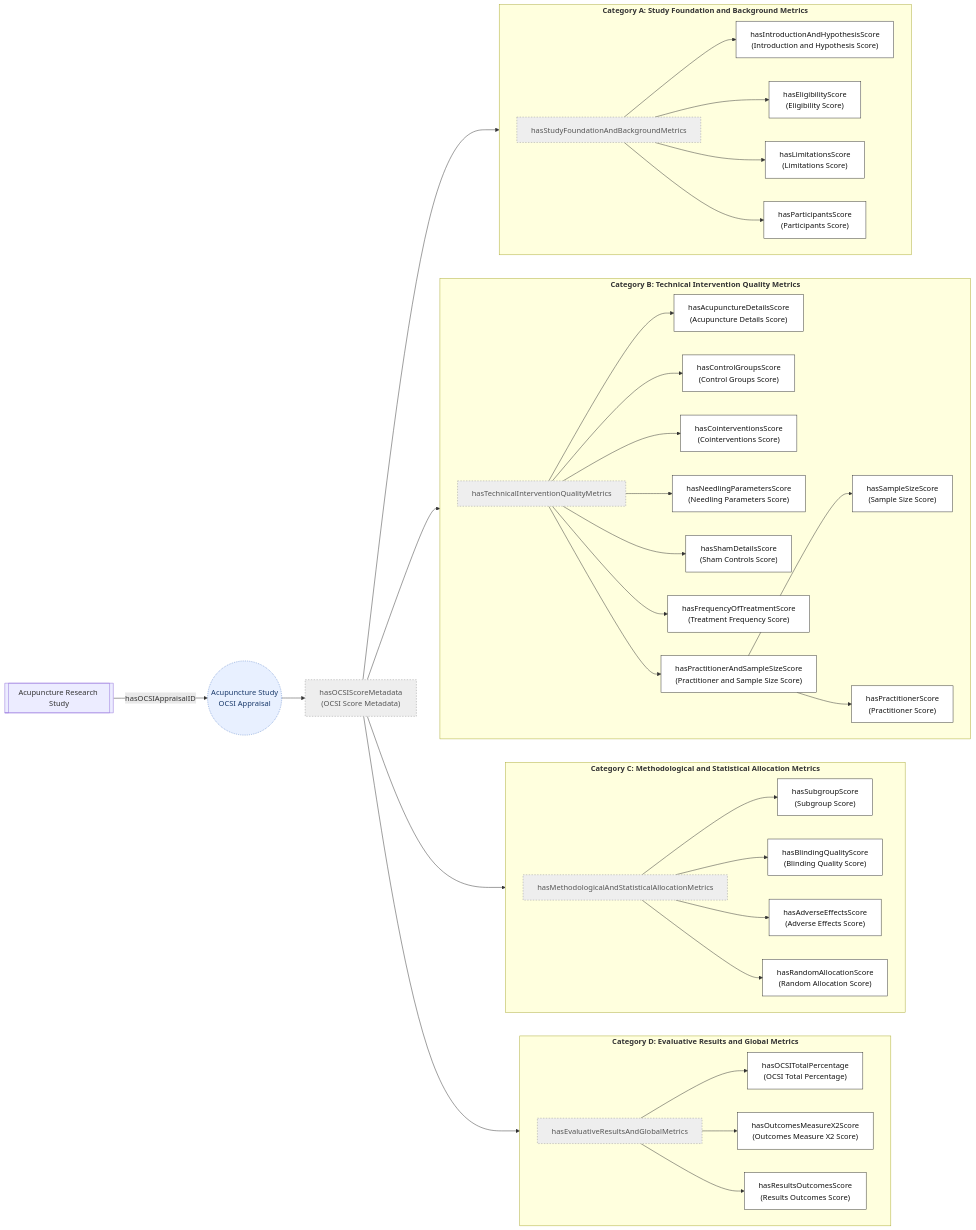
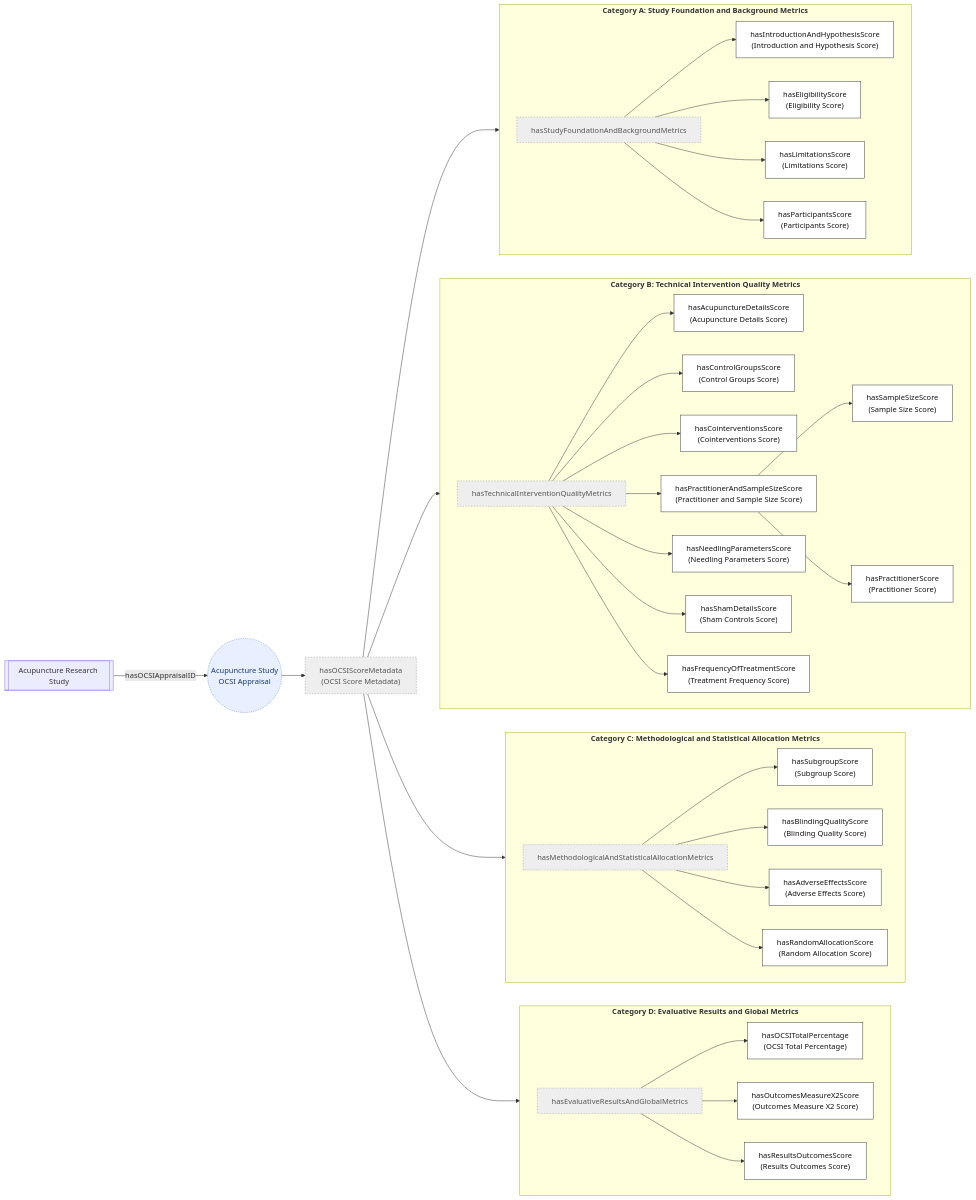
Before and after one commit to smtifahim/TARA-Ontology-Repository: the fourth of 5 diagrams in ontology-files/base/articles-kb/articles-kb-core/README.md, drawn with Mermaid. The commit also changed other lines of this file, not shown here.

````diff
--- a/ontology-files/base/articles-kb/articles-kb-core/README.md
+++ b/ontology-files/base/articles-kb/articles-kb-core/README.md
@@ -230,11 +229,6 @@
     OCSI(("Acupuncture Study<br/>OCSI Appraisal")):::field
     ROOT["hasOCSIScoreMetadata<br/>(OCSI Score Metadata)"]:::group
     OCSI --> ROOT
-
-    %% subgraph OCSI_FIELDS [" "]
-
-
-
 
     subgraph D ["<b>Category D: Evaluative Results and Global Metrics</b>"]
         direction LR
@@ -246,7 +240,6 @@
         CATD --> X2
         CATD --> RESOUT
     end
-
 
     subgraph C ["<b>Category C: Methodological and Statistical Allocation Metrics</b>"]
         direction LR
@@ -261,7 +254,6 @@
         CATC --> ADV
         CATC --> RAND
     end
-
     
     subgraph B ["<b>Category B: Technical Intervention Quality Metrics</b>"]
         direction LR
@@ -270,24 +262,22 @@
         CTRLSC["hasControlGroupsScore<br/>(Control Groups Score)"]:::field
         COINT["hasCointerventionsScore<br/>(Cointerventions Score)"]:::field
         NEEDLESC["hasNeedlingParametersScore<br/>(Needling Parameters Score)"]:::field
+        PRACSAMP["hasPractitionerAndSampleSizeScore<br/>(Practitioner and Sample Size Score)"]:::field
+        PRACSC["hasPractitionerScore<br/>(Practitioner Score)"]:::field
+
         SAMPSC["hasSampleSizeScore<br/>(Sample Size Score)"]:::field
         SHAMSC["hasShamDetailsScore<br/>(Sham Controls Score)"]:::field
         FREQSC["hasFrequencyOfTreatmentScore<br/>(Treatment Frequency Score)"]:::field
-        PRACSAMP["hasPractitionerAndSampleSizeScore<br/>(Practitioner and Sample Size Score)"]:::field
-        PRACSC["hasPractitionerScore<br/>(Practitioner Score)"]:::field
-
-
 
         CATB --> ACUDET
         CATB --> CTRLSC
         CATB --> COINT
+        CATB --> PRACSAMP
+                 PRACSAMP --> SAMPSC
+                 PRACSAMP --> PRACSC
         CATB --> NEEDLESC
         CATB --> SHAMSC
         CATB --> FREQSC
-        CATB --> PRACSAMP
-                 PRACSAMP --> SAMPSC
-                 PRACSAMP --> PRACSC
-
     end
 
     subgraph A ["<b>Category A: Study Foundation and Background Metrics</b>"]
@@ -308,8 +298,6 @@
     ROOT --> CATC
     ROOT --> CATD
 
-    %% end
-
     STUDY_EXT[["Acupuncture Research Study"]] -- hasOCSIAppraisalID --> OCSI:::linked
     
 ```
````
